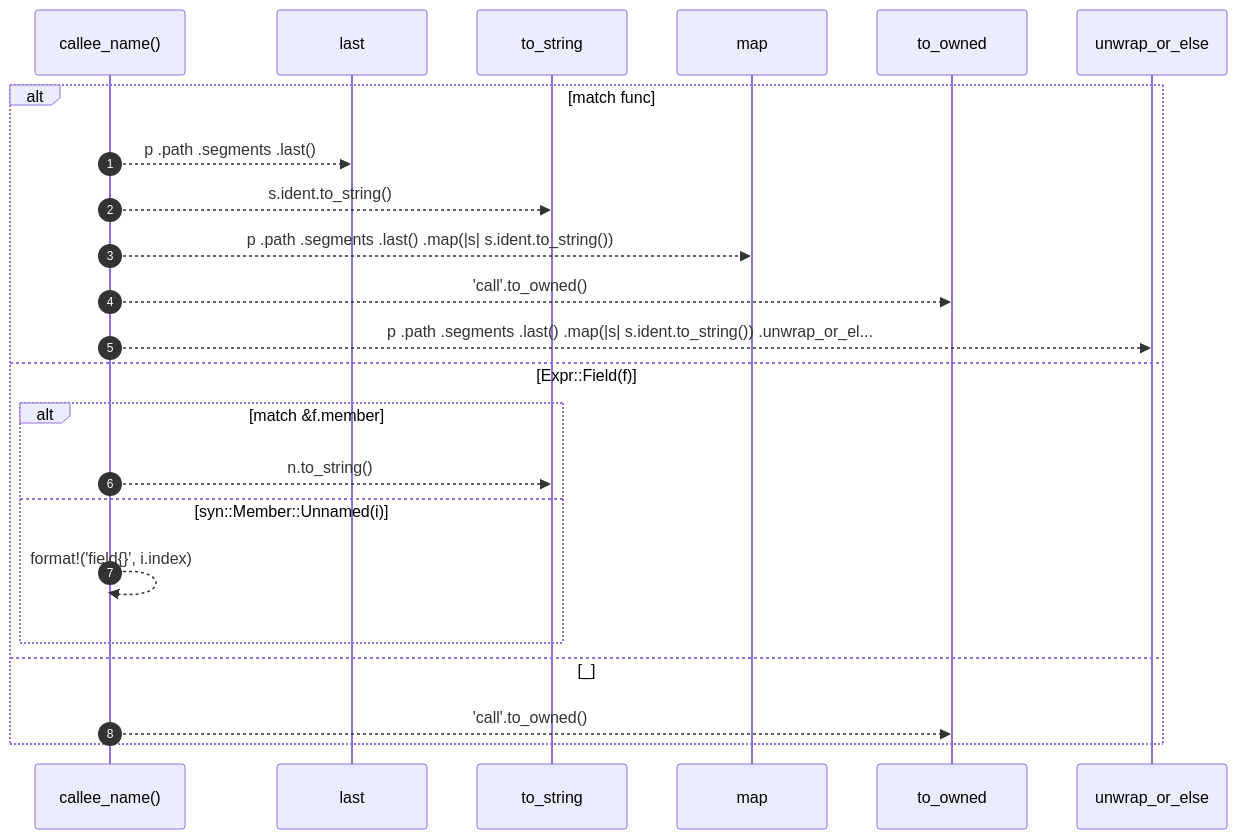
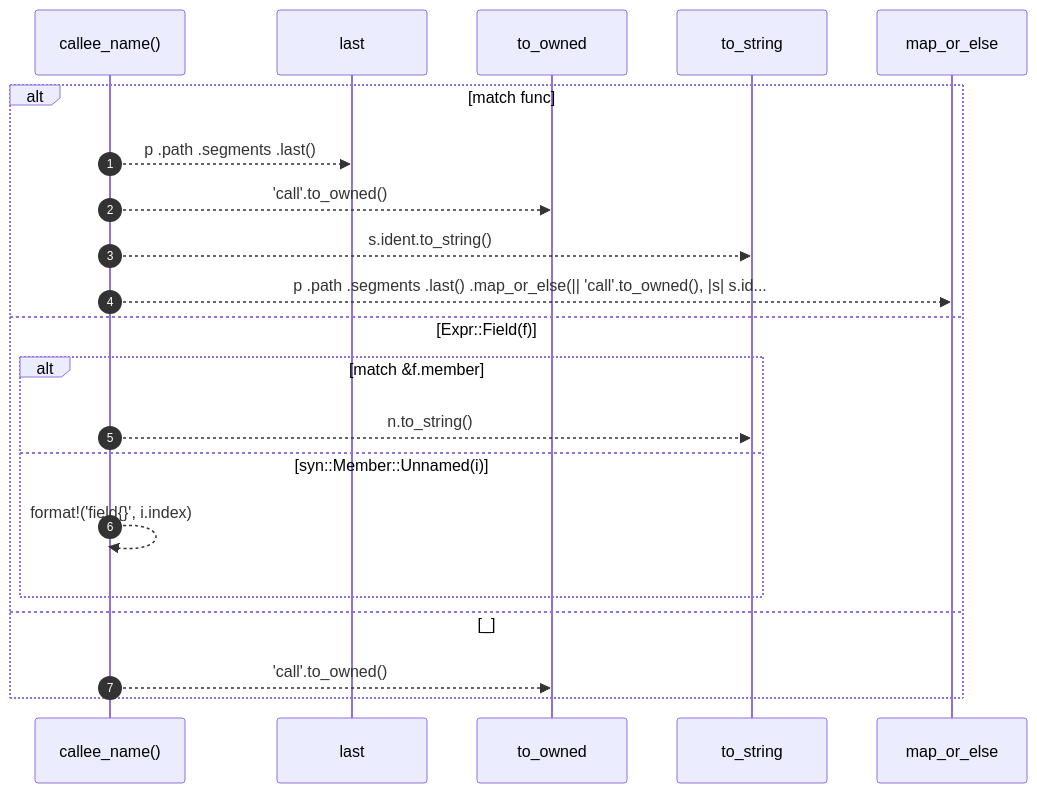
Before and after one commit to RyanGuild/self-describing-code: the diagram in docs/self-model/robby_extract/rust/callee-name.md, drawn with Mermaid. The commit also changed other lines of this file and 747 other files, not shown here.

````diff
--- a/docs/self-model/robby_extract/rust/callee-name.md
+++ b/docs/self-model/robby_extract/rust/callee-name.md
@@ -33,25 +32,23 @@
 ```mermaid
 sequenceDiagram
     autonumber
     participant callee_name as callee_name()
     participant last as last
+    participant to_owned as to_owned
     participant to_string as to_string
-    participant map as map
-    participant to_owned as to_owned
-    participant unwrap_or_else as unwrap_or_else
+    participant map_or_else as map_or_else
     alt match func
     callee_name-->>last: p .path .segments .last()
+    callee_name-->>to_owned: 'call'.to_owned()
     callee_name-->>to_string: s.ident.to_string()
-    callee_name-->>map: p .path .segments .last() .map(|s| s.ident.to_string())
-    callee_name-->>to_owned: 'call'.to_owned()
-    callee_name-->>unwrap_or_else: p .path .segments .last() .map(|s| s.ident.to_string()) .unwrap_or_el...
+    callee_name-->>map_or_else: p .path .segments .last() .map_or_else(|| 'call'.to_owned(), |s| s.id...
     else Expr::Field(f)
     alt match &f.member
     callee_name-->>to_string: n.to_string()
     else syn::Member::Unnamed(i)
     callee_name-->>callee_name: format!('field{}', i.index)
     end
     else _
     callee_name-->>to_owned: 'call'.to_owned()
     end
 ```
````
